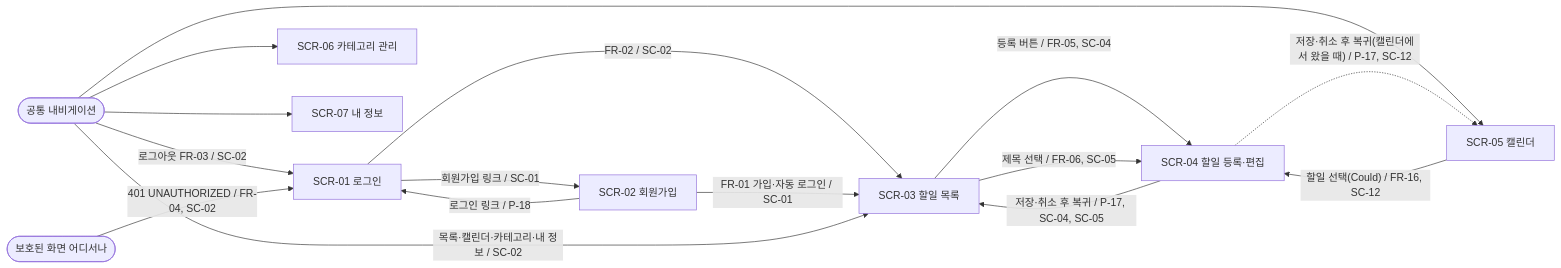
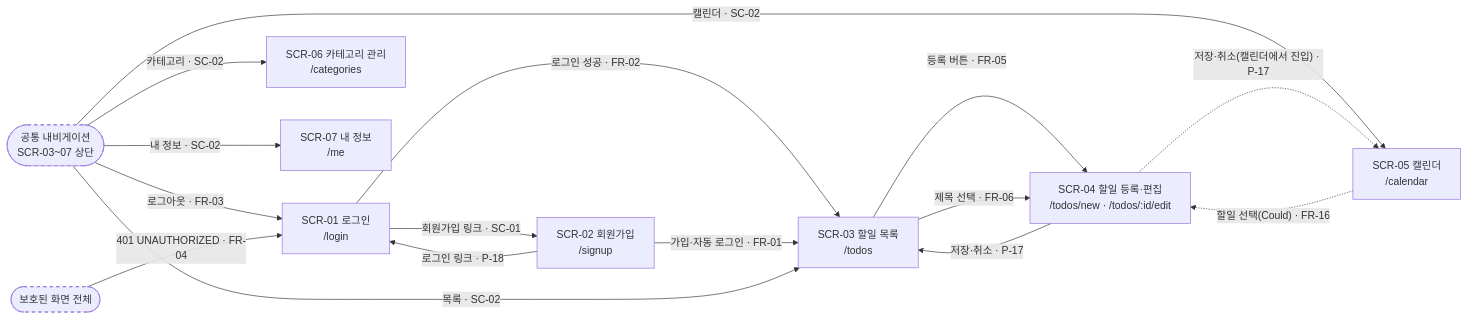
The diagram in docs/4-wireframe.md (pomyeong/todolist-app), drawn with Mermaid before and after one commit. The commit also changed other lines of this file and 3 other files, not shown here.

````diff
--- a/docs/4-wireframe.md
+++ b/docs/4-wireframe.md
@@ -53,18 +65,28 @@
 ```mermaid
 flowchart LR
-  S01["SCR-01 로그인"] -->|"FR-02 / SC-02"| S03["SCR-03 할일 목록"]
-  S01 -->|"회원가입 링크 / SC-01"| S02["SCR-02 회원가입"]
-  S02 -->|"FR-01 가입·자동 로그인 / SC-01"| S03
-  NAV(["공통 내비게이션"]) -->|"목록·캘린더·카테고리·내 정보 / SC-02"| S03
-  NAV --> S05["SCR-05 캘린더"]
-  NAV --> S06["SCR-06 카테고리 관리"]
-  NAV --> S07["SCR-07 내 정보"]
-  NAV -->|"로그아웃 FR-03 / SC-02"| S01
-  ANY(["보호된 화면 어디서나"]) -->|"401 UNAUTHORIZED / FR-04, SC-02"| S01
-  S03 -->|"등록 버튼 / FR-05, SC-04"| S04["SCR-04 할일 등록·편집"]
-  S03 -->|"제목 선택 / FR-06, SC-05"| S04
-  S05 -->|"할일 선택(Could) / FR-16, SC-12"| S04
-  S02 -->|"로그인 링크 / P-18"| S01
-  S04 -->|"저장·취소 후 복귀 / P-17, SC-04, SC-05"| S03
-  S04 -.->|"저장·취소 후 복귀(캘린더에서 왔을 때) / P-17, SC-12"| S05
+  classDef virtual stroke-dasharray: 5 5
+  S01["SCR-01 로그인<br/>/login"]
+  S02["SCR-02 회원가입<br/>/signup"]
+  S03["SCR-03 할일 목록<br/>/todos"]
+  S04["SCR-04 할일 등록·편집<br/>/todos/new · /todos/:id/edit"]
+  S05["SCR-05 캘린더<br/>/calendar"]
+  S06["SCR-06 카테고리 관리<br/>/categories"]
+  S07["SCR-07 내 정보<br/>/me"]
+  NAV(["공통 내비게이션<br/>SCR-03~07 상단"]):::virtual
+  ANY(["보호된 화면 전체"]):::virtual
+  S01 -->|"로그인 성공 · FR-02"| S03
+  S01 -->|"회원가입 링크 · SC-01"| S02
+  S02 -->|"로그인 링크 · P-18"| S01
+  S02 -->|"가입·자동 로그인 · FR-01"| S03
+  NAV -->|"목록 · SC-02"| S03
+  NAV -->|"캘린더 · SC-02"| S05
+  NAV -->|"카테고리 · SC-02"| S06
+  NAV -->|"내 정보 · SC-02"| S07
+  NAV -->|"로그아웃 · FR-03"| S01
+  ANY -->|"401 UNAUTHORIZED · FR-04"| S01
+  S03 -->|"등록 버튼 · FR-05"| S04
+  S03 -->|"제목 선택 · FR-06"| S04
+  S05 -.->|"할일 선택(Could) · FR-16"| S04
+  S04 -->|"저장·취소 · P-17"| S03
+  S04 -.->|"저장·취소(캘린더에서 진입) · P-17"| S05
 ```
````
